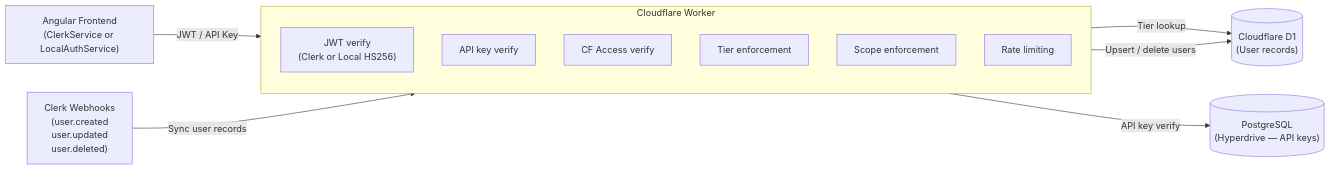
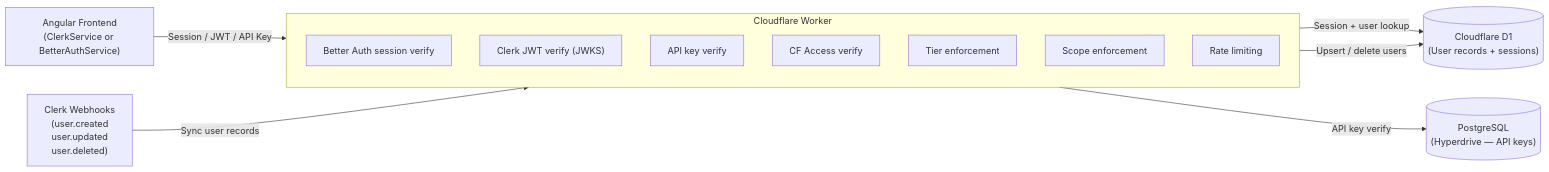
Before and after one commit to jaypatrick/adblock-compiler: the diagram in docs/auth/README.md, drawn with Mermaid. The commit also changed other lines of this file and 46 other files, not shown here.

First line of the commit message:
feat: replace local JWT auth with Better Auth (#1241)

````diff
--- a/docs/auth/README.md
+++ b/docs/auth/README.md
@@ -26,24 +25,25 @@
 ```mermaid
 flowchart LR
-    FE["Angular Frontend\n(ClerkService or LocalAuthService)"]
+    FE["Angular Frontend\n(ClerkService or BetterAuthService)"]
     W["Cloudflare Worker\n(Auth Middleware)"]
-    D1[("Cloudflare D1\n(User records)")]
+    D1[("Cloudflare D1\n(User records + sessions)")]
     PG[("PostgreSQL\n(Hyperdrive — API keys)")]
     WH["Clerk Webhooks\n(user.created\nuser.updated\nuser.deleted)"]
 
-    FE -->|"JWT / API Key"| W
-    W -->|"Tier lookup"| D1
+    FE -->|"Session / JWT / API Key"| W
+    W -->|"Session + user lookup"| D1
     W -->|"API key verify"| PG
     WH -->|"Sync user records"| W
     W -->|"Upsert / delete users"| D1
 
     subgraph W["Cloudflare Worker"]
         direction TB
-        JWT["JWT verify\n(Clerk or Local HS256)"]
+        BA["Better Auth session verify"]
+        JWT["Clerk JWT verify (JWKS)"]
         AK["API key verify"]
         CF["CF Access verify"]
         TE["Tier enforcement"]
         SE["Scope enforcement"]
         RL["Rate limiting"]
     end
 ```
````
